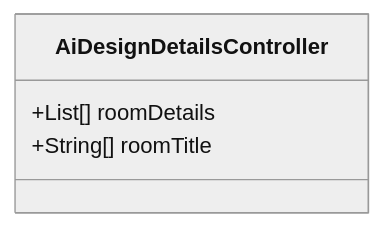
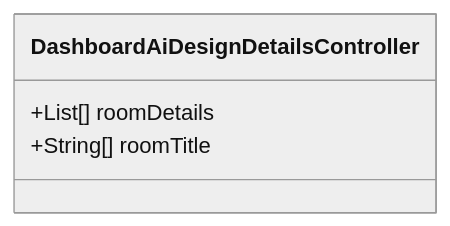
The fourth of 13 diagrams in .qoder/repowiki/en/content/Core Features/AI Design Services/Design Customization and Preview.md (Ariful3111/FurniGo), drawn with Mermaid (neutral theme) before and after one commit. The commit also changed other lines of this file and 67 other files, not shown here.

````diff
--- a/.qoder/repowiki/en/content/Core Features/AI Design Services/Design Customization and Preview.md
+++ b/.qoder/repowiki/en/content/Core Features/AI Design Services/Design Customization and Preview.md
@@ -201,7 +245,7 @@
 ```mermaid
 classDiagram
-class AiDesignDetailsController {
+class DashboardAiDesignDetailsController {
 +List[] roomDetails
 +String[] roomTitle
 }
 ```
````
